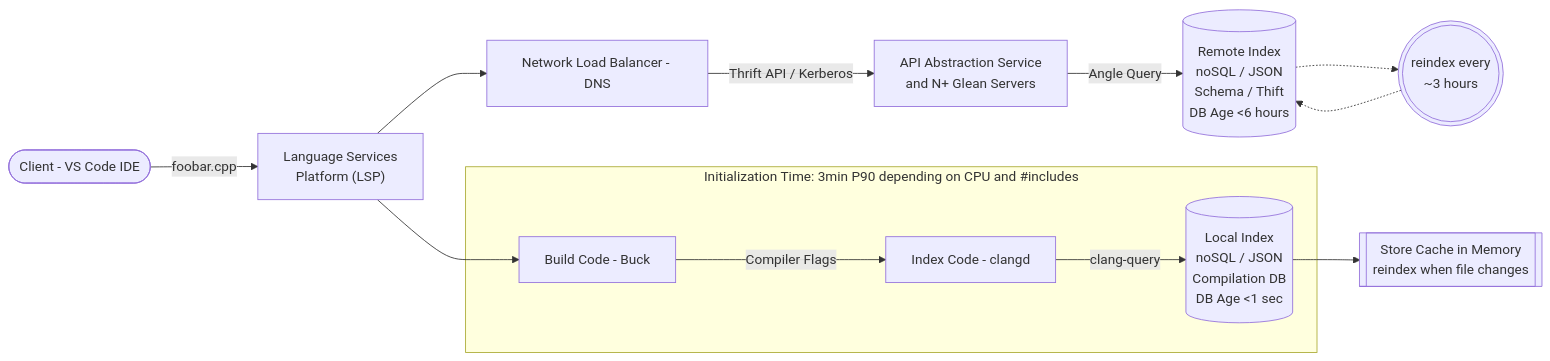
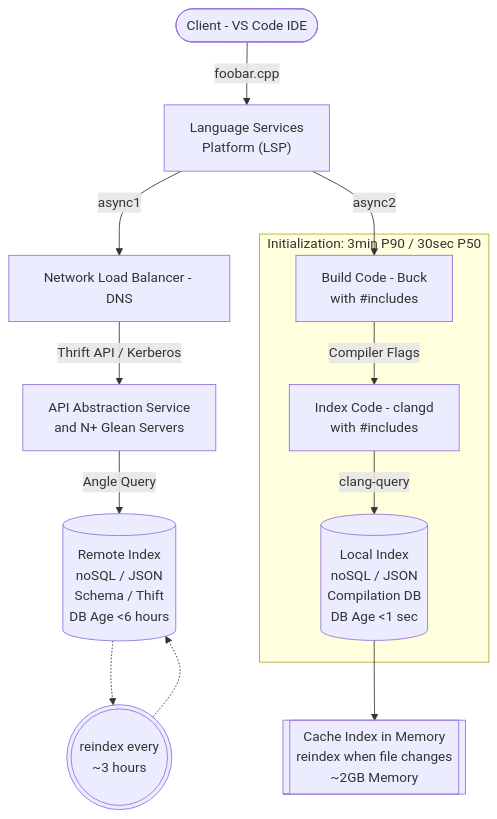
Before and after one commit to jasonmeans/interview_prep: the diagram in NetflixTechInterview.md, drawn with Mermaid.

Commit message:
Updated to vertical and included P50

````diff
--- a/NetflixTechInterview.md
+++ b/NetflixTechInterview.md
@@ -1,39 +1,42 @@
 ```mermaid
-flowchart LR
+flowchart TD
     %% Define the clients
     ClientVSCode(["Client - VS Code IDE"])
     LanguageServer["Language Services 
     Platform (LSP)"]
 
     %% Define the remote index components
     NLB["Network Load Balancer - DNS"]
     GleanService["API Abstraction Service
     and N+ Glean Servers"]
     GleanDB[("Remote Index
     noSQL / JSON
     Schema / Thift
     DB Age <6 hours")]
     GleanIndexer((("reindex every
     ~3 hours")))
 
     %% Define the remote index flow
-    ClientVSCode --> |foobar.cpp|LanguageServer --> NLB
+    ClientVSCode --> |foobar.cpp|LanguageServer --> |async1|NLB
     NLB --> |Thrift API / Kerberos|GleanService --> |Angle Query|GleanDB -.-> GleanIndexer -.->GleanDB
 
     %% Define the local index components
-    Buck["Build Code - Buck"]
-    clangd["Index Code - clangd"]
+    Buck["Build Code - Buck
+    with #includes"]
+    clangd["Index Code - clangd
+    with #includes"]
     clangdDB[("Local Index
     noSQL / JSON
     Compilation DB
     DB Age <1 sec")]
-    clangdMemCache[["Store Cache in Memory
-    reindex when file changes"]]
+    clangdMemCache[["Cache Index in Memory
+    reindex when file changes
+    ~2GB Memory"]]
 
     %% Define the local index flow
-    LanguageServer --> Buck
-    subgraph Initialization Time: 3min P90 depending on CPU and #includes
+    LanguageServer --> |async2|Buck
+    subgraph "Initialization: 3min P90 / 30sec P50"
     Buck --> |Compiler Flags|clangd --> |clang-query|clangdDB
     end
     clangdDB --> clangdMemCache
 ```
````
